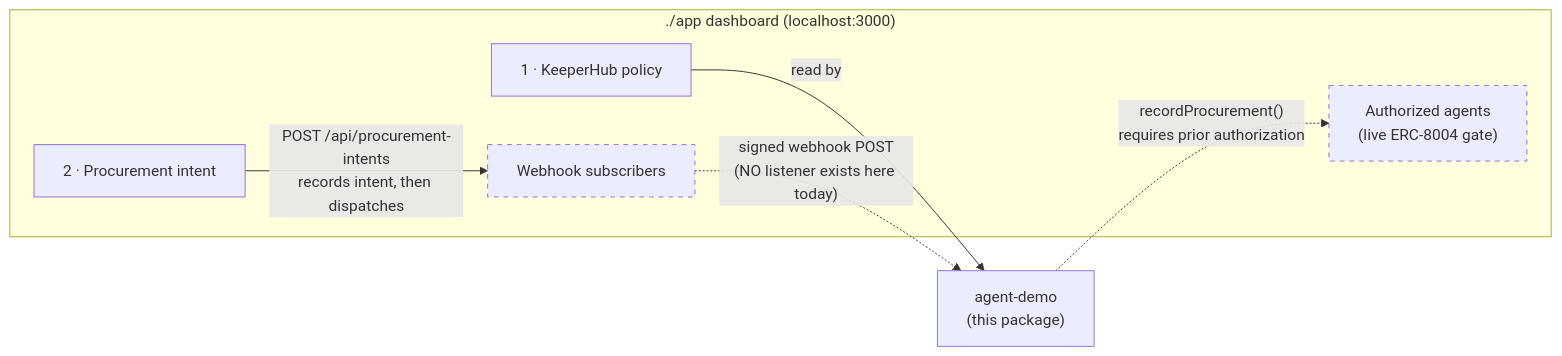
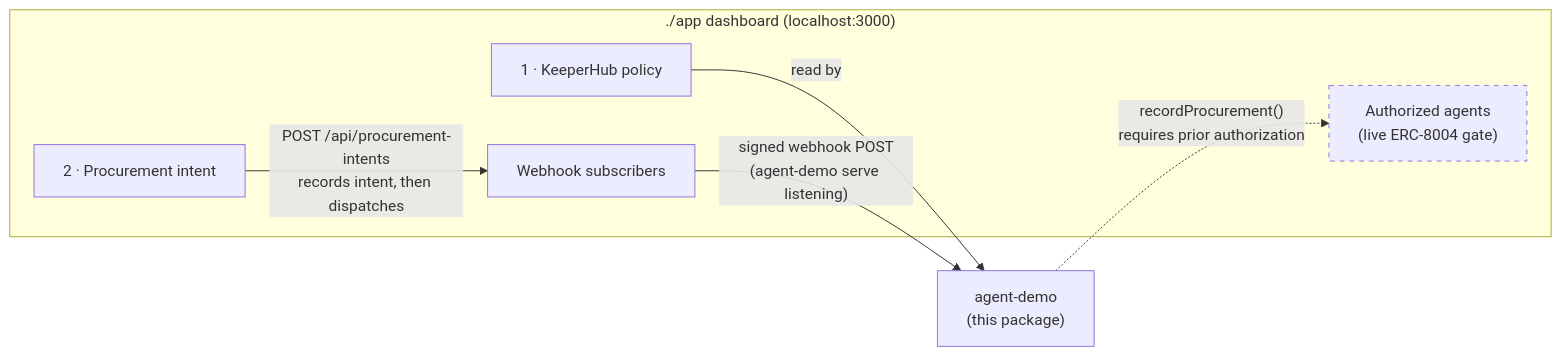
The second of 7 diagrams in agent-demo/README.md (masaun/enterprise-procurement-agent-platform), drawn with Mermaid before and after one commit. The commit also changed other lines of this file and 50 other files, not shown here.

````diff
--- a/agent-demo/README.md
+++ b/agent-demo/README.md
@@ -179,17 +204,16 @@
 ```mermaid
 flowchart LR
     subgraph UI["./app dashboard (localhost:3000)"]
         P1["1 · KeeperHub policy"]
         P2["2 · Procurement intent"]
         P3["Webhook subscribers"]
         P4["Authorized agents\n(live ERC-8004 gate)"]
     end
 
     P1 -->|"read by"| Agent
     P2 -->|"POST /api/procurement-intents\nrecords intent, then dispatches"| P3
-    P3 -.->|"signed webhook POST\n(NO listener exists here today)"| Agent["agent-demo\n(this package)"]
+    P3 -->|"signed webhook POST\n(agent-demo serve listening)"| Agent["agent-demo\n(this package)"]
     Agent -.->|"recordProcurement()\nrequires prior authorization"| P4
 
-    style P3 stroke-dasharray: 5 5
     style P4 stroke-dasharray: 5 5
 ```
````
